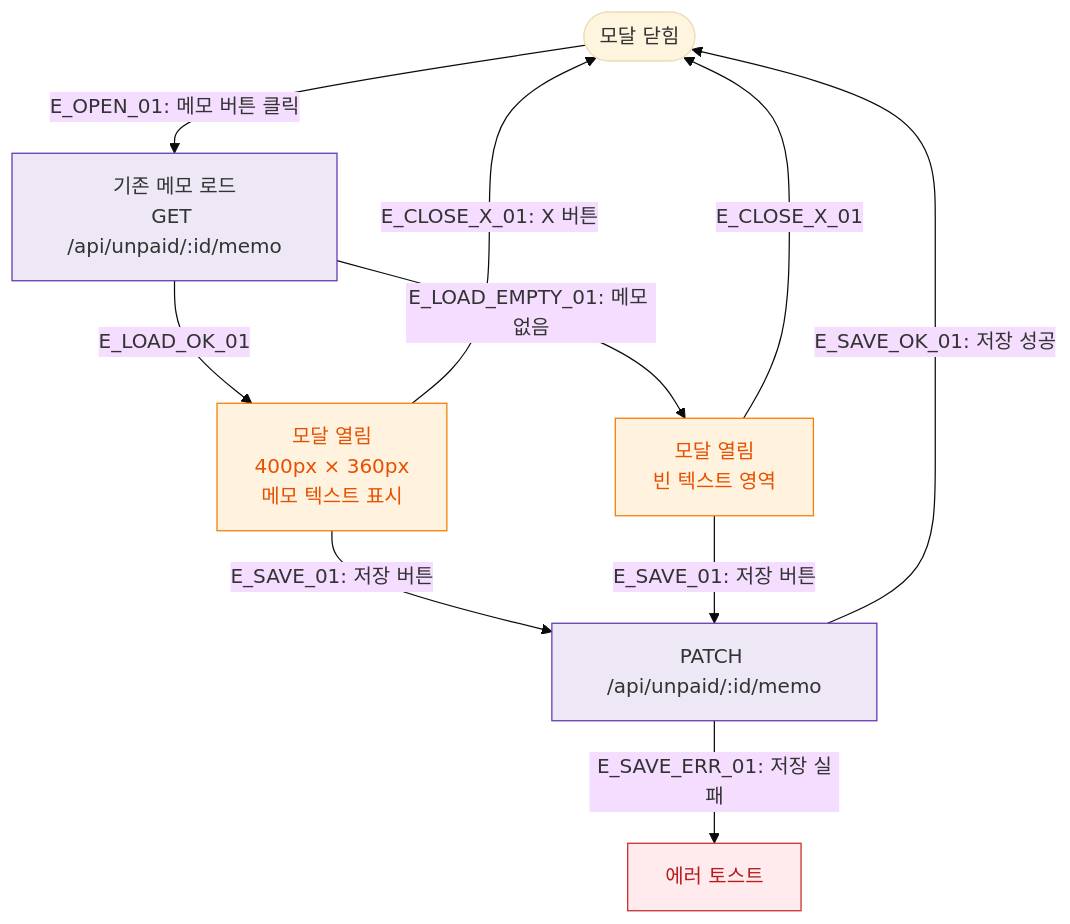
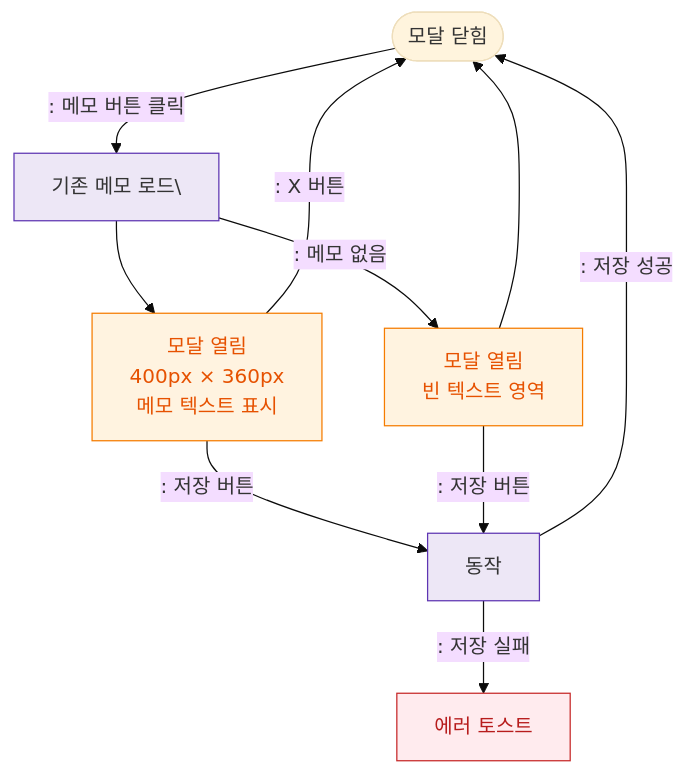
Before and after one commit to dev-spogym/admin-pando: the diagram in docs/다이어그램/D03_매출관리/DLG-S005_메모편집/M1_모달생명주기.md, drawn with Mermaid (base theme). The commit also changed other lines of this file and 1660 other files, not shown here.

First line of the commit message:
다이어그램: 기획자/클라이언트 납품본으로 정리

````diff
--- a/docs/다이어그램/D03_매출관리/DLG-S005_메모편집/M1_모달생명주기.md
+++ b/docs/다이어그램/D03_매출관리/DLG-S005_메모편집/M1_모달생명주기.md
@@ -20,22 +18,22 @@
 ```mermaid
 flowchart TD
-    CLOSED([모달 닫힘]) -->|"E_OPEN_01: 메모 버튼 클릭"| LOAD[기존 메모 로드\nGET /api/unpaid/:id/memo]
-    LOAD -->|E_LOAD_OK_01| OPEN[모달 열림\n400px × 360px\n메모 텍스트 표시]
-    LOAD -->|"E_LOAD_EMPTY_01: 메모 없음"| OPEN_EMPTY[모달 열림\n빈 텍스트 영역]
+    CLOSED([모달 닫힘]) -->|": 메모 버튼 클릭"|LOAD[기존 메모 로드\]
+    LOAD --> OPEN[모달 열림\n400px × 360px\n메모 텍스트 표시]
+    LOAD -->|": 메모 없음"|OPEN_EMPTY[모달 열림\n빈 텍스트 영역]
 
-    OPEN -->|"E_SAVE_01: 저장 버튼"| SAVE[PATCH /api/unpaid/:id/memo]
-    OPEN_EMPTY -->|"E_SAVE_01: 저장 버튼"| SAVE
-    OPEN -->|"E_CLOSE_X_01: X 버튼"| CLOSED
-    OPEN_EMPTY -->|E_CLOSE_X_01| CLOSED
+    OPEN -->|": 저장 버튼"|SAVE[동작]
+    OPEN_EMPTY -->|": 저장 버튼"|SAVE
+    OPEN -->|": X 버튼"|CLOSED
+    OPEN_EMPTY --> CLOSED
 
-    SAVE -->|"E_SAVE_OK_01: 저장 성공"| CLOSED
-    SAVE -->|"E_SAVE_ERR_01: 저장 실패"| ERR_TOAST[에러 토스트]
+    SAVE -->|": 저장 성공"|CLOSED
+    SAVE -->|": 저장 실패"|ERR_TOAST[에러 토스트]
 
     classDef modal fill:#FFF3E0,stroke:#F57C00,color:#E65100
     classDef system fill:#EDE7F6,stroke:#5E35B2
     classDef error fill:#FFEBEE,stroke:#C62828,color:#B71C1C
 
     class OPEN,OPEN_EMPTY modal
     class LOAD,SAVE system
     class ERR_TOAST error
 ```
````
